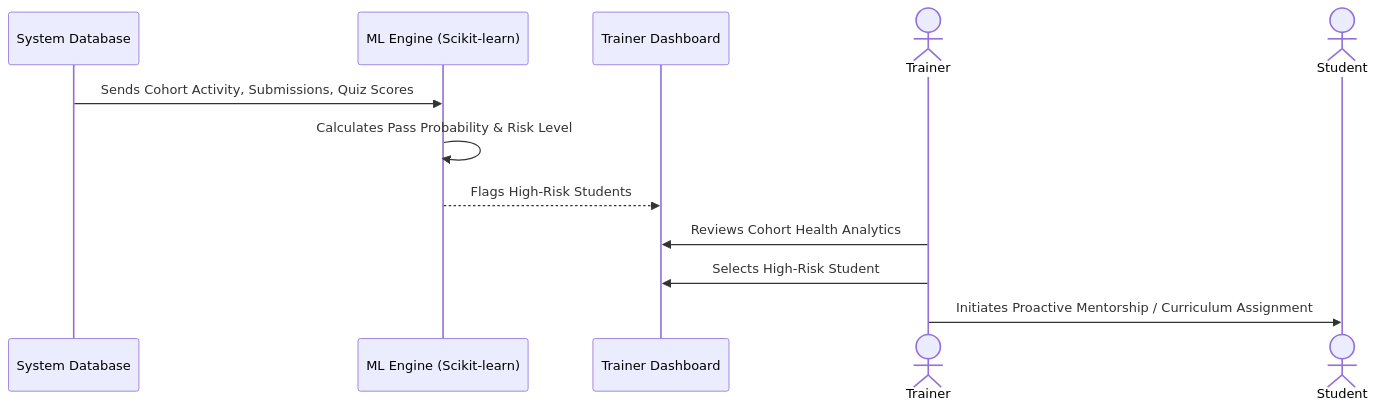
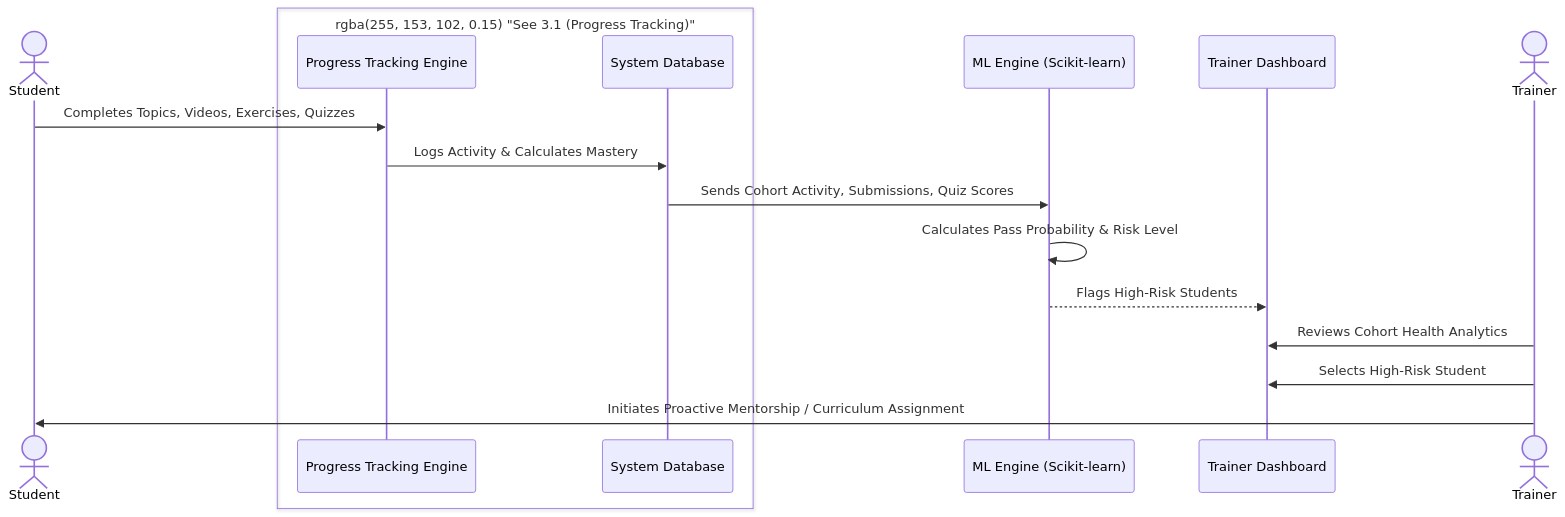
One commit to suyash-rgb/JS-Mentor changed the tenth of 17 diagrams in README.md. Above: the diagram before and after it, drawn with Mermaid. The commit also changed other lines of this file, not shown here.

````diff
--- a/README.md
+++ b/README.md
@@ -372,15 +374,22 @@
 ```mermaid
 sequenceDiagram
+    actor S as Student
+    
+    box rgba(255, 153, 102, 0.15) "See 3.1 (Progress Tracking)"
+    participant PT as Progress Tracking Engine
     participant DB as System Database
+    end
+    
     participant ML as ML Engine (Scikit-learn)
     participant Dashboard as Trainer Dashboard
     actor T as Trainer
-    actor S as Student
 
+    S->>PT: Completes Topics, Videos, Exercises, Quizzes
+    PT->>DB: Logs Activity & Calculates Mastery
     DB->>ML: Sends Cohort Activity, Submissions, Quiz Scores
     ML->>ML: Calculates Pass Probability & Risk Level
     ML-->>Dashboard: Flags High-Risk Students
     T->>Dashboard: Reviews Cohort Health Analytics
     T->>Dashboard: Selects High-Risk Student
     T->>S: Initiates Proactive Mentorship / Curriculum Assignment
 ```
````
